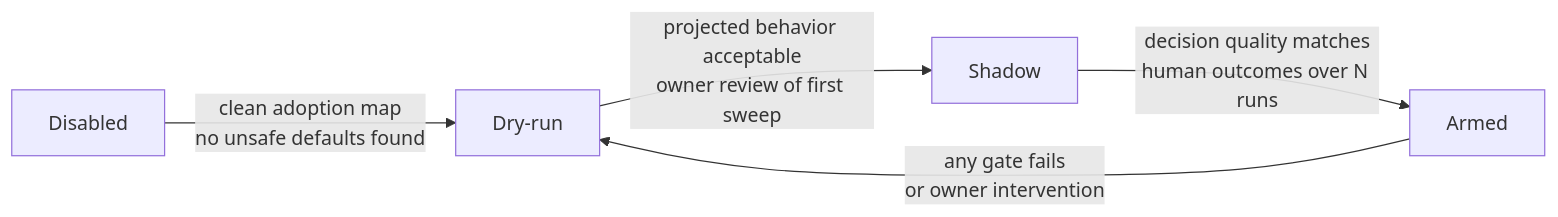
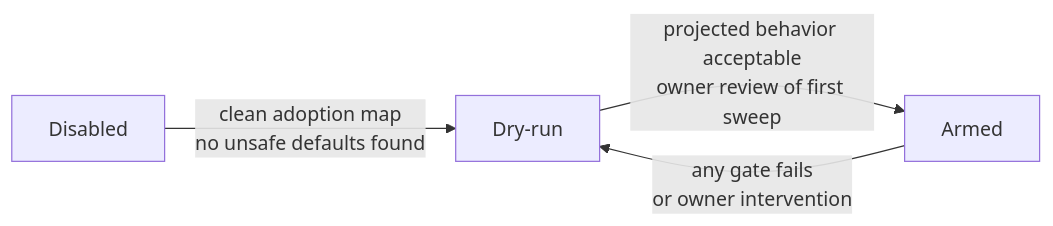
Before and after one commit to enumind/modonome: the second of 3 diagrams in GOVERNED-AUTONOMY-SPEC.md, drawn with Mermaid. The commit also changed other lines of this file and 5 other files, not shown here.

````diff
--- a/GOVERNED-AUTONOMY-SPEC.md
+++ b/GOVERNED-AUTONOMY-SPEC.md
@@ -222,7 +222,6 @@
 ```mermaid
 flowchart LR
   Disabled -->|"clean adoption map\nno unsafe defaults found"| DryRun["Dry-run"]
-  DryRun -->|"projected behavior acceptable\nowner review of first sweep"| Shadow
-  Shadow -->|"decision quality matches\nhuman outcomes over N runs"| Armed
+  DryRun -->|"projected behavior acceptable\nowner review of first sweep"| Armed
   Armed -->|"any gate fails\nor owner intervention"| DryRun
 ```
````
